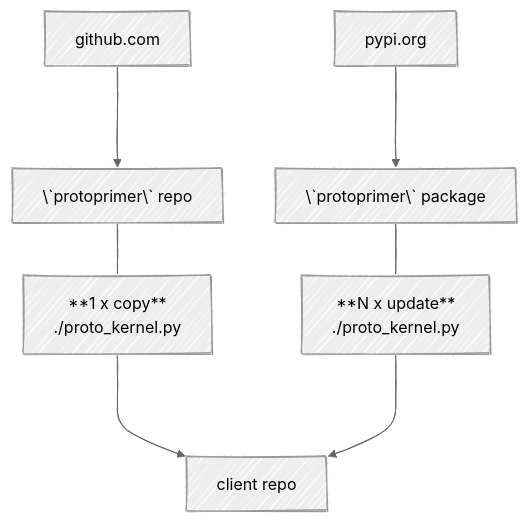
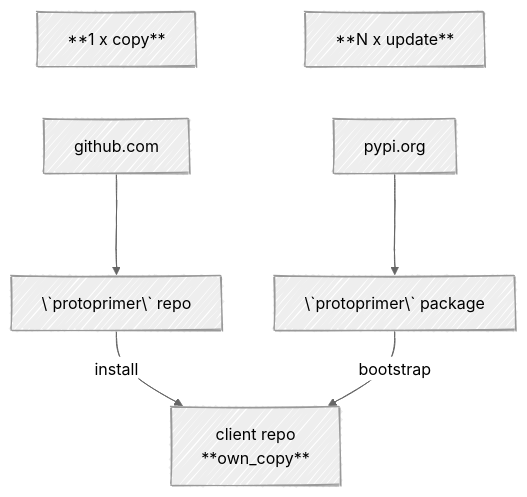
Before and after one commit to uvsmtid/protoprimer: the second of 4 diagrams in readme.md, drawn with Mermaid. The commit also changed other lines of this file and 154 other files, not shown here.

````diff
--- a/readme.md
+++ b/readme.md
@@ -177,25 +259,26 @@
 ```mermaid
 ---
 config:
   look: handDrawn
   theme: neutral
 ---
 graph TD;
-    client_repo["client repo"];
 
+    copy_link["**1 x copy**"]
     github_web["github.com"]
     protoprimer_repo["\`protoprimer\` repo"];
-    copy_link["**1 x copy**<br>./proto_kernel.py"]
 
+    update_link["**N x update**"];
     pypi_web["pypi.org"]
     protoprimer_package["\`protoprimer\` package"];
-    update_link["**N x update**<br>./proto_kernel.py"];
 
+    client_repo["client repo<br>**own_copy**"];
+
+    copy_link ~~~ github_web;
     github_web ---> protoprimer_repo;
-    protoprimer_repo --- copy_link;
-    copy_link ---> client_repo;
+    protoprimer_repo --install--> client_repo;
 
+    update_link ~~~ pypi_web;
     pypi_web ---> protoprimer_package;
-    protoprimer_package --- update_link;
-    update_link ---> client_repo;
+    protoprimer_package --bootstrap--> client_repo;
 ```
````
